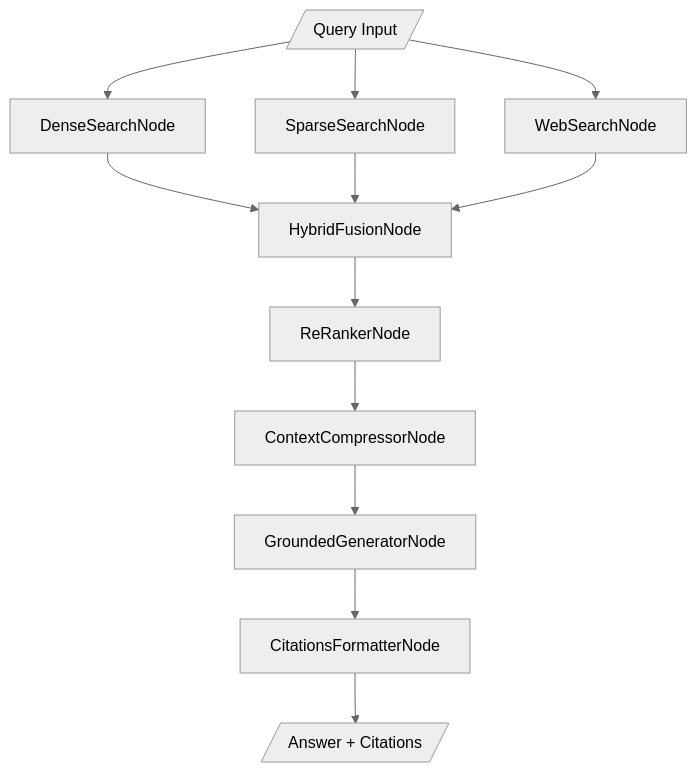
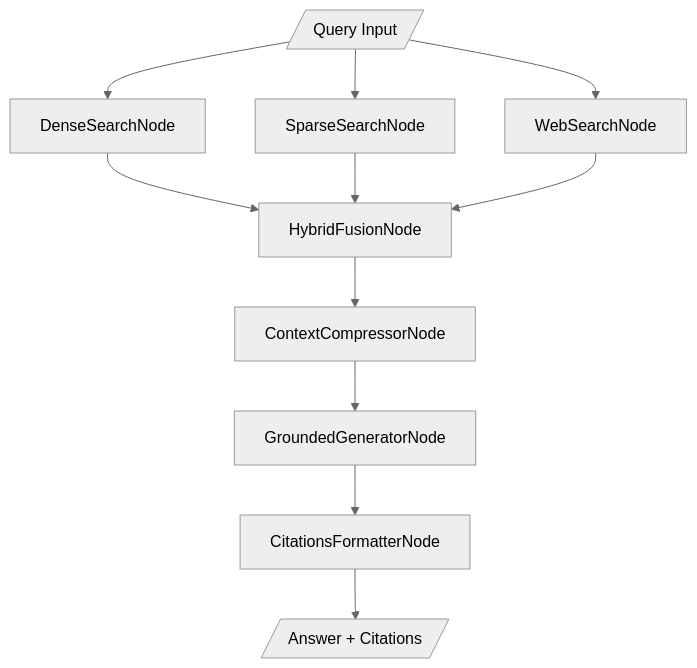
The third of 6 diagrams in docs/conversational_search/demo_design.md (ShaojieJiang/orcheo), drawn with Mermaid (neutral theme) before and after one commit. The commit also changed other lines of this file and 11 other files, not shown here.

Commit message:
Refines ContextCompressor/WebSearch behaviors

````diff
--- a/docs/conversational_search/demo_design.md
+++ b/docs/conversational_search/demo_design.md
@@ -123,17 +166,16 @@
 ```mermaid
 graph TD
     Query[/Query Input/]
     Query --> DenseSearch[DenseSearchNode]
     Query --> SparseSearch[SparseSearchNode]
     Query --> WebSearch[WebSearchNode]
 
     DenseSearch --> Fusion[HybridFusionNode]
     SparseSearch --> Fusion
     WebSearch --> Fusion
 
-    Fusion --> ReRanker[ReRankerNode]
-    ReRanker --> Compressor[ContextCompressorNode]
+    Fusion --> Compressor[ContextCompressorNode]
     Compressor --> Generator[GroundedGeneratorNode]
     Generator --> Citations[CitationsFormatterNode]
     Citations --> Output[/Answer + Citations/]
 ```
````
